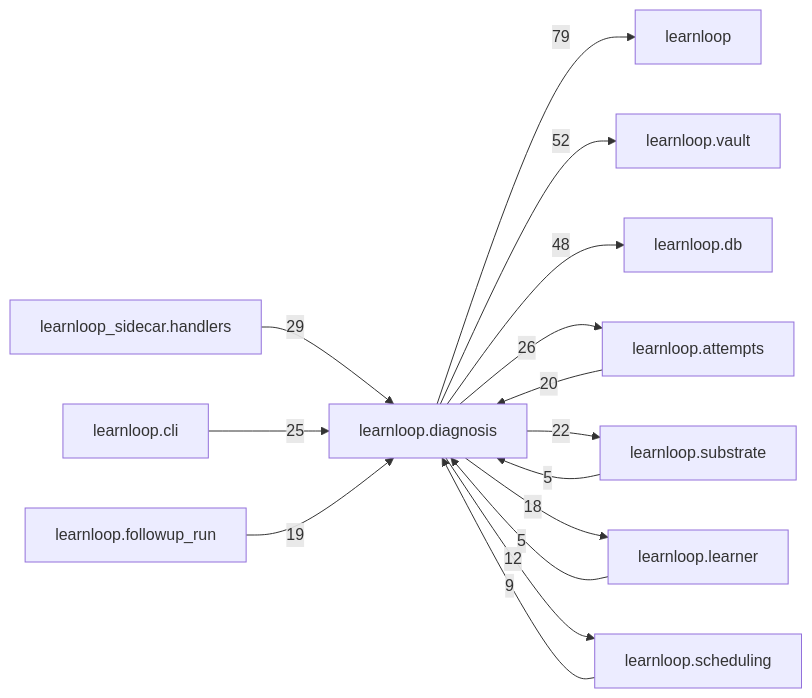
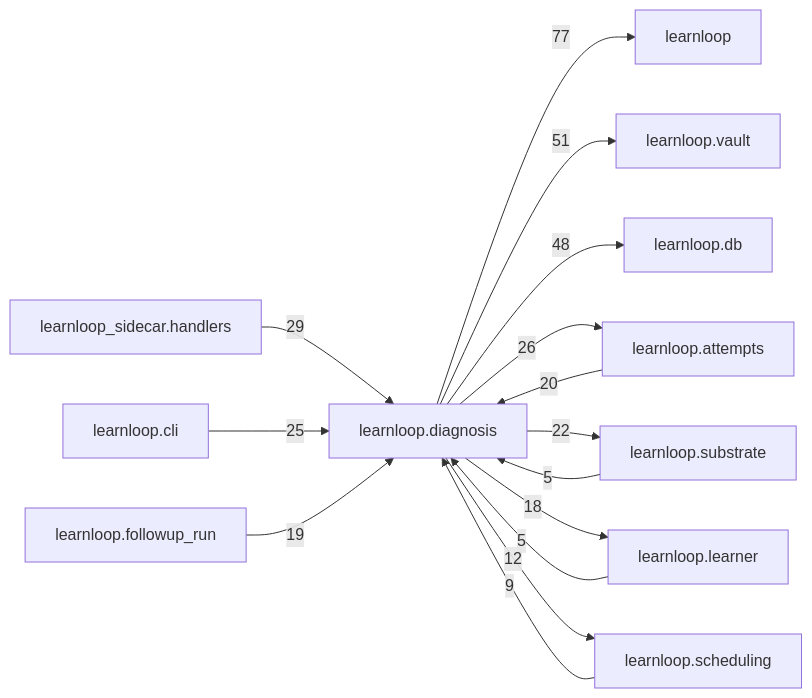
Before and after one commit to 6up-b/learnanything: the diagram in docs/learnloop-architecture-vault/Reference/Modules/learnloop/diagnosis/_package.md, drawn with Mermaid. The commit also changed other lines of this file and 69 other files, not shown here.

````diff
--- a/docs/learnloop-architecture-vault/Reference/Modules/learnloop/diagnosis/_package.md
+++ b/docs/learnloop-architecture-vault/Reference/Modules/learnloop/diagnosis/_package.md
@@ -236,28 +236,28 @@
 ```mermaid
 flowchart LR
     center["learnloop.diagnosis"]
     n_learnloop["learnloop"]
     n_learnloop_vault["learnloop.vault"]
     n_learnloop_db["learnloop.db"]
     n_learnloop_attempts["learnloop.attempts"]
     n_learnloop_sidecar_handlers["learnloop_sidecar.handlers"]
     n_learnloop_substrate["learnloop.substrate"]
     n_learnloop_cli["learnloop.cli"]
     n_learnloop_learner["learnloop.learner"]
     n_learnloop_scheduling["learnloop.scheduling"]
     n_learnloop_followup_run["learnloop.followup_run"]
-    center -->|79| n_learnloop
-    center -->|52| n_learnloop_vault
+    center -->|77| n_learnloop
+    center -->|51| n_learnloop_vault
     center -->|48| n_learnloop_db
     n_learnloop_attempts -->|20| center
     center -->|26| n_learnloop_attempts
     n_learnloop_sidecar_handlers -->|29| center
     n_learnloop_substrate -->|5| center
     center -->|22| n_learnloop_substrate
     n_learnloop_cli -->|25| center
     n_learnloop_learner -->|5| center
     center -->|18| n_learnloop_learner
     n_learnloop_scheduling -->|9| center
     center -->|12| n_learnloop_scheduling
     n_learnloop_followup_run -->|19| center
 ```
````
